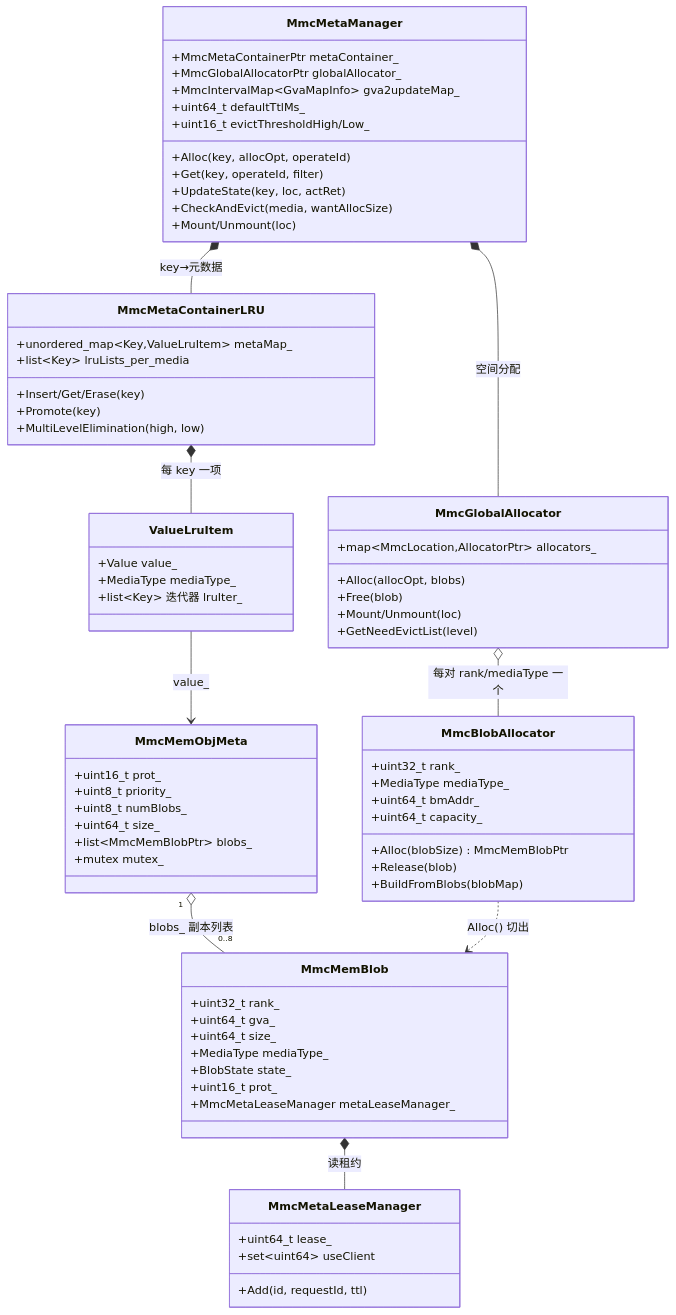
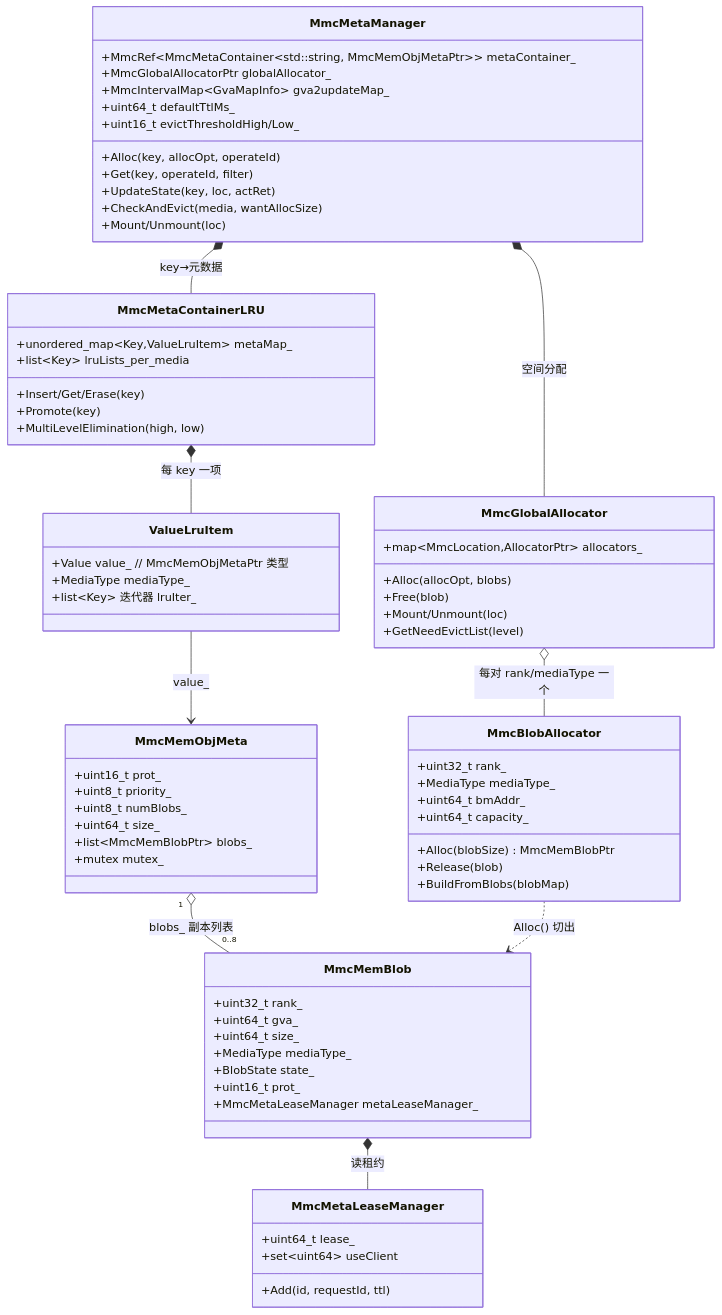
Before and after one commit to PlatypusPen/lake: the diagram in docs/research/memcache/architecture.md, drawn with Mermaid. The commit also changed other lines of this file, not shown here.

````diff
--- a/docs/research/memcache/architecture.md
+++ b/docs/research/memcache/architecture.md
@@ -54,74 +54,74 @@
 ```mermaid
 classDiagram
     class MmcMetaManager {
-        +MmcMetaContainerPtr metaContainer_
+        +MmcRef&lt;MmcMetaContainer&lt;std::string, MmcMemObjMetaPtr&gt;&gt; metaContainer_
         +MmcGlobalAllocatorPtr globalAllocator_
         +MmcIntervalMap~GvaMapInfo~ gva2updateMap_
         +uint64_t defaultTtlMs_
         +uint16_t evictThresholdHigh/Low_
         +Alloc(key, allocOpt, operateId)
         +Get(key, operateId, filter)
         +UpdateState(key, loc, actRet)
         +CheckAndEvict(media, wantAllocSize)
         +Mount/Unmount(loc)
     }
     class MmcMetaContainerLRU {
         +unordered_map~Key,ValueLruItem~ metaMap_
         +list~Key~ lruLists_per_media
         +Insert/Get/Erase(key)
         +Promote(key)
         +MultiLevelElimination(high, low)
     }
     class ValueLruItem {
-        +Value value_
+        +Value value_ // MmcMemObjMetaPtr 类型
         +MediaType mediaType_
         +list~Key~ 迭代器 lruIter_
     }
     class MmcMemObjMeta {
         +uint16_t prot_
         +uint8_t priority_
         +uint8_t numBlobs_
         +uint64_t size_
         +list~MmcMemBlobPtr~ blobs_
         +mutex mutex_
     }
     class MmcMemBlob {
         +uint32_t rank_
         +uint64_t gva_
         +uint64_t size_
         +MediaType mediaType_
         +BlobState state_
         +uint16_t prot_
         +MmcMetaLeaseManager metaLeaseManager_
     }
     class MmcMetaLeaseManager {
         +uint64_t lease_
         +set~uint64~ useClient
         +Add(id, requestId, ttl)
     }
     class MmcGlobalAllocator {
         +map~MmcLocation,AllocatorPtr~ allocators_
         +Alloc(allocOpt, blobs)
         +Free(blob)
         +Mount/Unmount(loc)
         +GetNeedEvictList(level)
     }
     class MmcBlobAllocator {
         +uint32_t rank_
         +MediaType mediaType_
         +uint64_t bmAddr_
         +uint64_t capacity_
         +Alloc(blobSize) MmcMemBlobPtr
         +Release(blob)
         +BuildFromBlobs(blobMap)
     }
 
     MmcMetaManager *-- MmcMetaContainerLRU : key→元数据
     MmcMetaManager *-- MmcGlobalAllocator : 空间分配
     MmcMetaContainerLRU *-- ValueLruItem : 每 key 一项
     ValueLruItem --> MmcMemObjMeta : value_
     MmcMemObjMeta "1" o-- "0..8" MmcMemBlob : blobs_ 副本列表
     MmcMemBlob *-- MmcMetaLeaseManager : 读租约
     MmcGlobalAllocator o-- MmcBlobAllocator : 每对 rank/mediaType 一个
     MmcBlobAllocator ..> MmcMemBlob : Alloc() 切出
 ```
````
